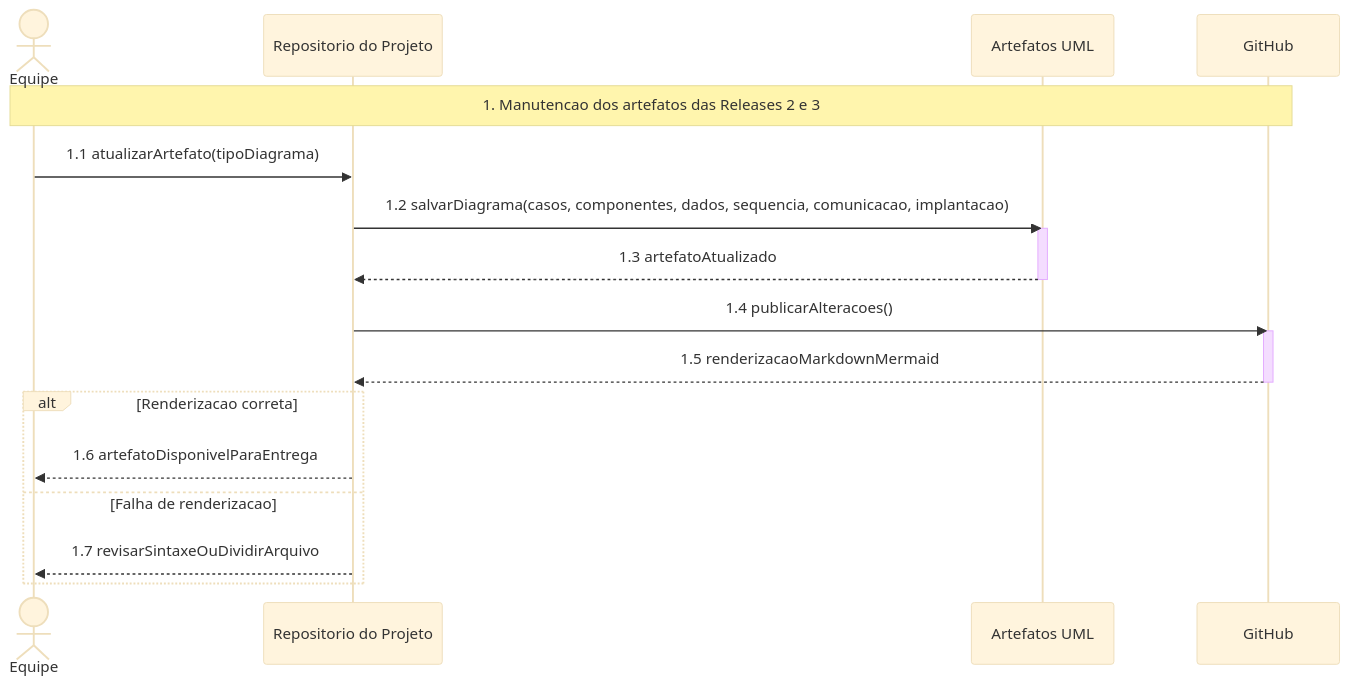
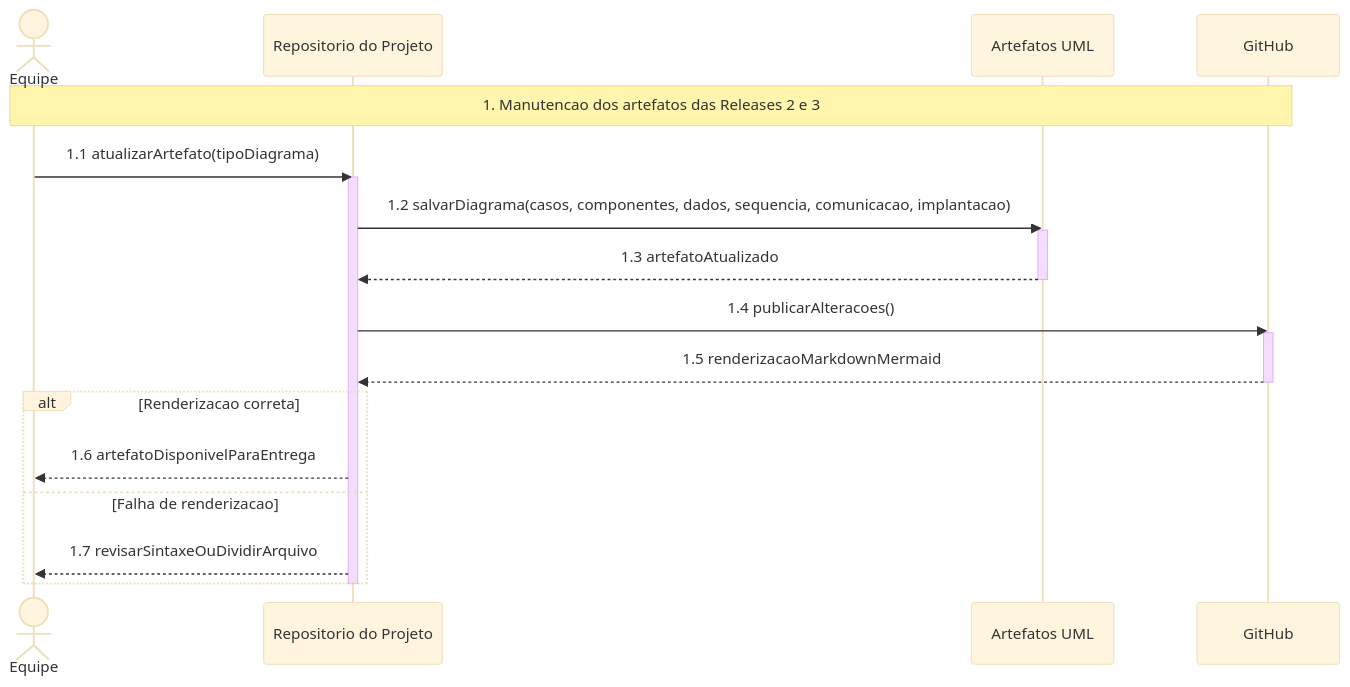
Before and after one commit to Pedroh26ES/Sistema-De-Moedas-Java: the diagram in Artefatos/DiagramaDeSequencia/DiagramaDeSequencia-RF-17-documentacao-artefatos.md, drawn with Mermaid (base theme). The commit also changed 17 other files, not shown here.

````diff
--- a/Artefatos/DiagramaDeSequencia/DiagramaDeSequencia-RF-17-documentacao-artefatos.md
+++ b/Artefatos/DiagramaDeSequencia/DiagramaDeSequencia-RF-17-documentacao-artefatos.md
@@ -9,23 +9,25 @@
 ```mermaid
 sequenceDiagram
     actor Equipe
     participant Repositorio as Repositorio do Projeto
     participant Artefatos as Artefatos UML
     participant GitHub
 
     Note over Equipe,GitHub: 1. Manutencao dos artefatos das Releases 2 e 3
     Equipe->>Repositorio: 1.1 atualizarArtefato(tipoDiagrama)
+    activate Repositorio
     Repositorio->>Artefatos: 1.2 salvarDiagrama(casos, componentes, dados, sequencia, comunicacao, implantacao)
     activate Artefatos
     Artefatos-->>Repositorio: 1.3 artefatoAtualizado
     deactivate Artefatos
     Repositorio->>GitHub: 1.4 publicarAlteracoes()
     activate GitHub
     GitHub-->>Repositorio: 1.5 renderizacaoMarkdownMermaid
     deactivate GitHub
     alt Renderizacao correta
         Repositorio-->>Equipe: 1.6 artefatoDisponivelParaEntrega
     else Falha de renderizacao
         Repositorio-->>Equipe: 1.7 revisarSintaxeOuDividirArquivo
     end
+    deactivate Repositorio
 ```
````
